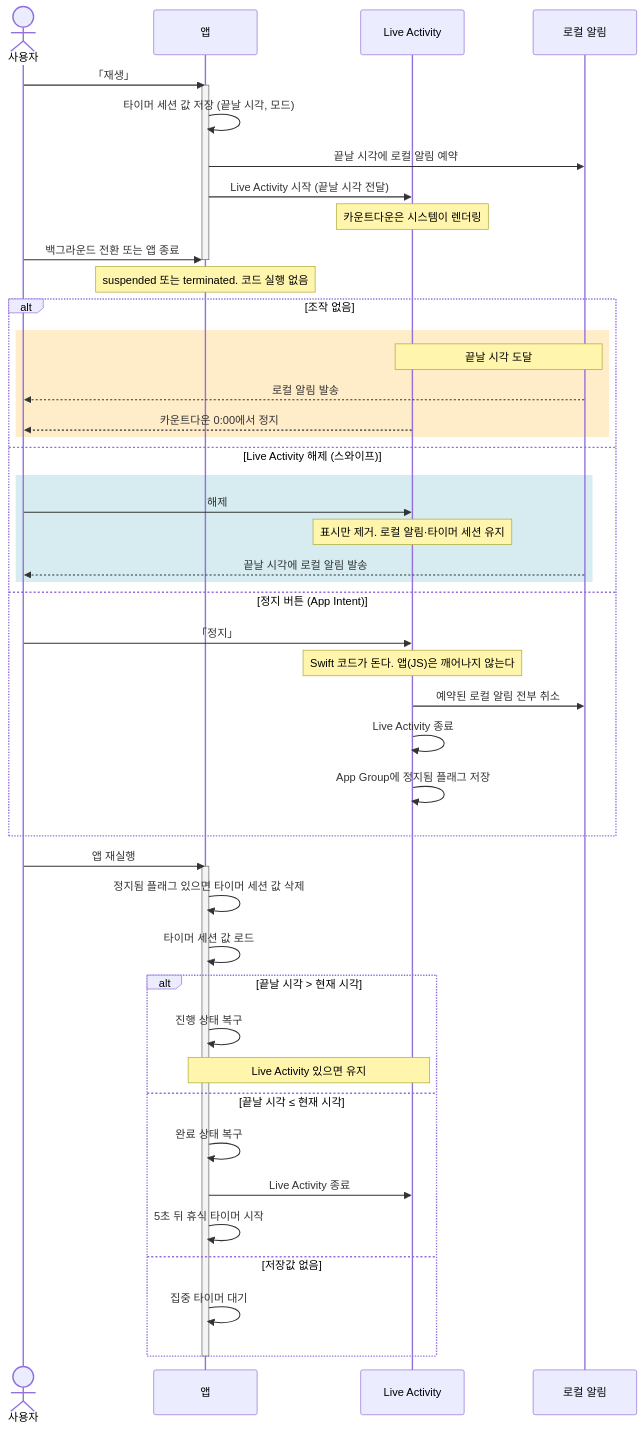
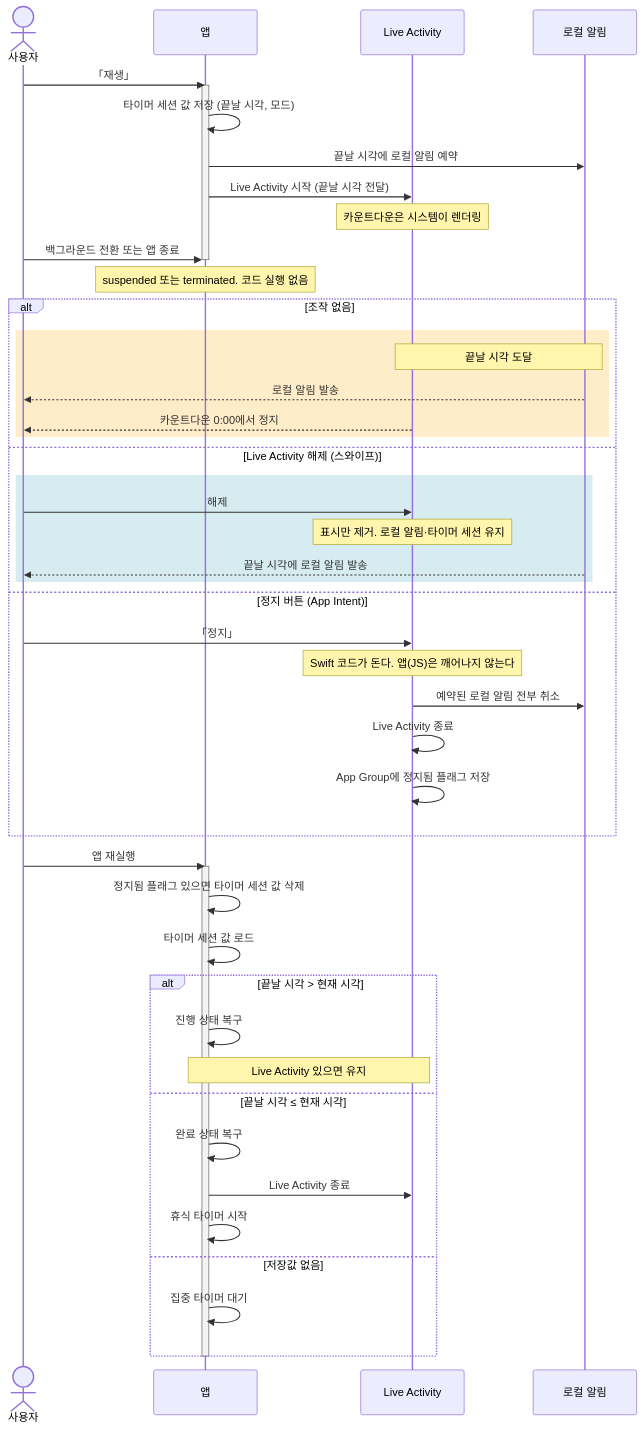
The diagram in SPEC.md (Bori-github/tadaktadak), drawn with Mermaid before and after one commit. The commit also changed other lines of this file and 25 other files, not shown here.

````diff
--- a/SPEC.md
+++ b/SPEC.md
@@ -16,54 +16,54 @@
 ```mermaid
 sequenceDiagram
     actor U as 사용자
     participant A as 앱
     participant L as Live Activity
     participant N as 로컬 알림
 
     U->>A: 「재생」
     activate A
     A->>A: 타이머 세션 값 저장 (끝날 시각, 모드)
     A->>N: 끝날 시각에 로컬 알림 예약
     A->>L: Live Activity 시작 (끝날 시각 전달)
     Note over L: 카운트다운은 시스템이 렌더링
 
     U->>A: 백그라운드 전환 또는 앱 종료
     deactivate A
     Note over A: suspended 또는 terminated. 코드 실행 없음
 
     alt 조작 없음
         rect rgb(255, 236, 200)
             Note over L,N: 끝날 시각 도달
             N-->>U: 로컬 알림 발송
             L-->>U: 카운트다운 0:00에서 정지
         end
     else Live Activity 해제 (스와이프)
         rect rgb(214, 236, 240)
             U->>L: 해제
             Note over L: 표시만 제거. 로컬 알림·타이머 세션 유지
             N-->>U: 끝날 시각에 로컬 알림 발송
         end
     else 정지 버튼 (App Intent)
         U->>L: 「정지」
         Note over L: Swift 코드가 돈다. 앱(JS)은 깨어나지 않는다
         L->>N: 예약된 로컬 알림 전부 취소
         L->>L: Live Activity 종료
         L->>L: App Group에 정지됨 플래그 저장
     end
 
     U->>A: 앱 재실행
     activate A
     A->>A: 정지됨 플래그 있으면 타이머 세션 값 삭제
     A->>A: 타이머 세션 값 로드
     alt 끝날 시각 > 현재 시각
         A->>A: 진행 상태 복구
         Note over A,L: Live Activity 있으면 유지
     else 끝날 시각 ≤ 현재 시각
         A->>A: 완료 상태 복구
         A->>L: Live Activity 종료
-        A->>A: 5초 뒤 휴식 타이머 시작
+        A->>A: 휴식 타이머 시작
     else 저장값 없음
         A->>A: 집중 타이머 대기
     end
     deactivate A
 ```
````
